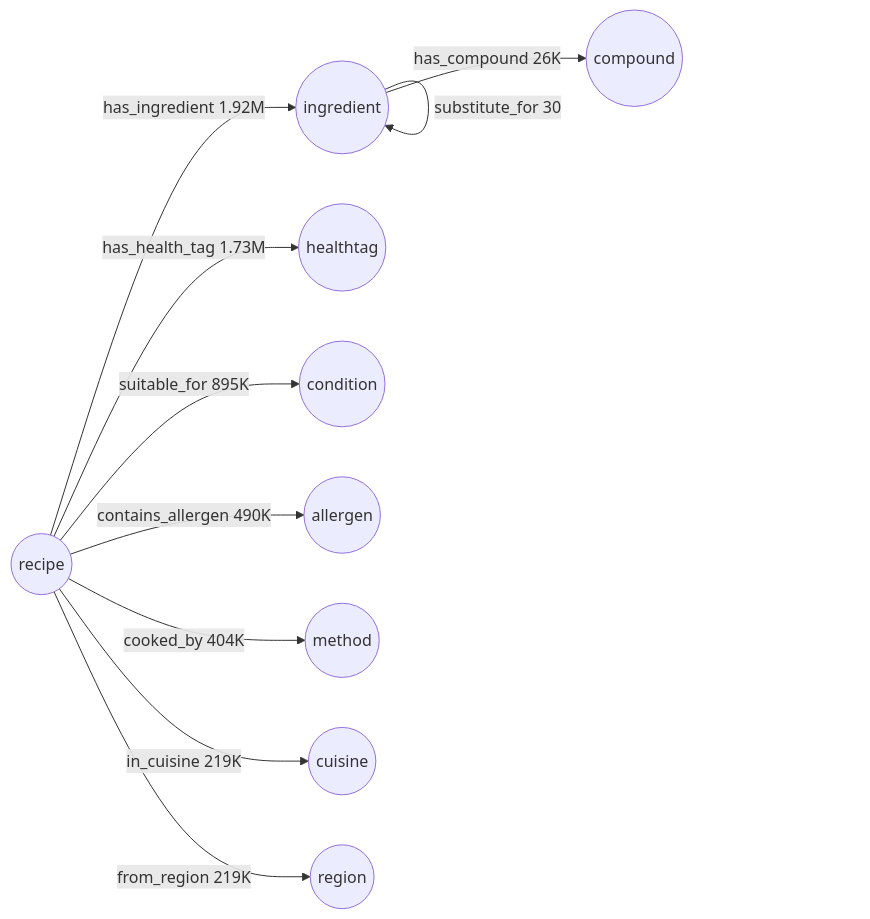
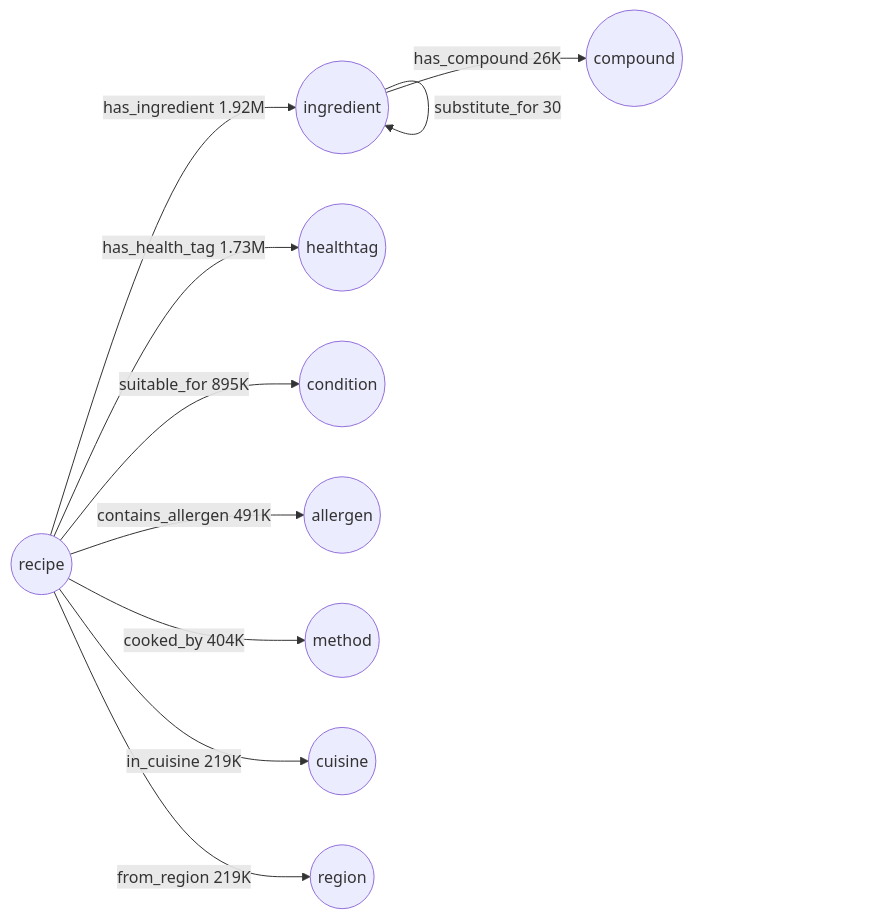
One commit to Poshaka-Research-Lab/IndicRecipeNutri-dataset changed the second of 2 diagrams in README.md. Above: the diagram before and after it, drawn with Mermaid. The commit also changed other lines of this file and 44 other files, not shown here.

````diff
--- a/README.md
+++ b/README.md
@@ -323,13 +323,13 @@
 ```mermaid
 graph LR
     R((recipe)) -->|has_ingredient 1.92M| I((ingredient))
     R -->|has_health_tag 1.73M| H((healthtag))
     R -->|suitable_for 895K| D((condition))
-    R -->|contains_allergen 490K| A((allergen))
+    R -->|contains_allergen 491K| A((allergen))
     R -->|cooked_by 404K| M((method))
     R -->|in_cuisine 219K| C((cuisine))
     R -->|from_region 219K| G((region))
     I -->|has_compound 26K| P((compound))
     I -->|pairs_with 3.3K| I
     I -->|substitute_for 30| I
 ```
````
